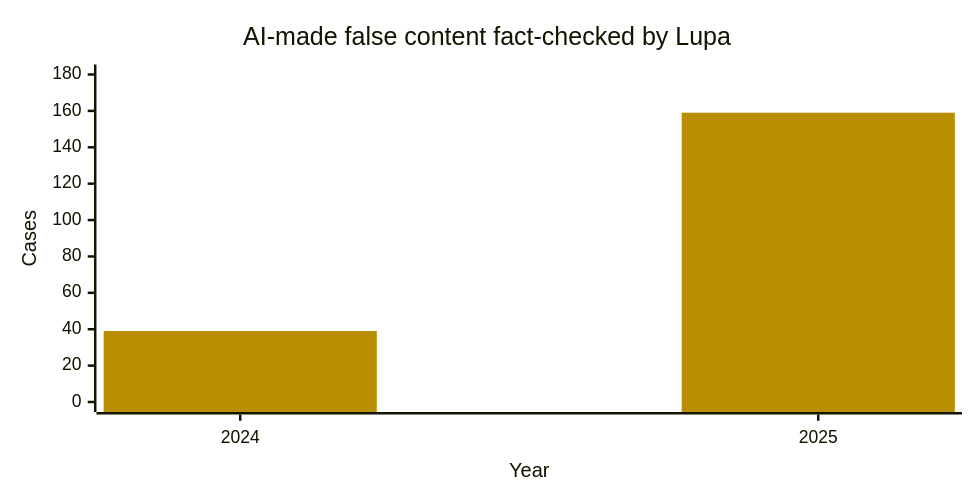
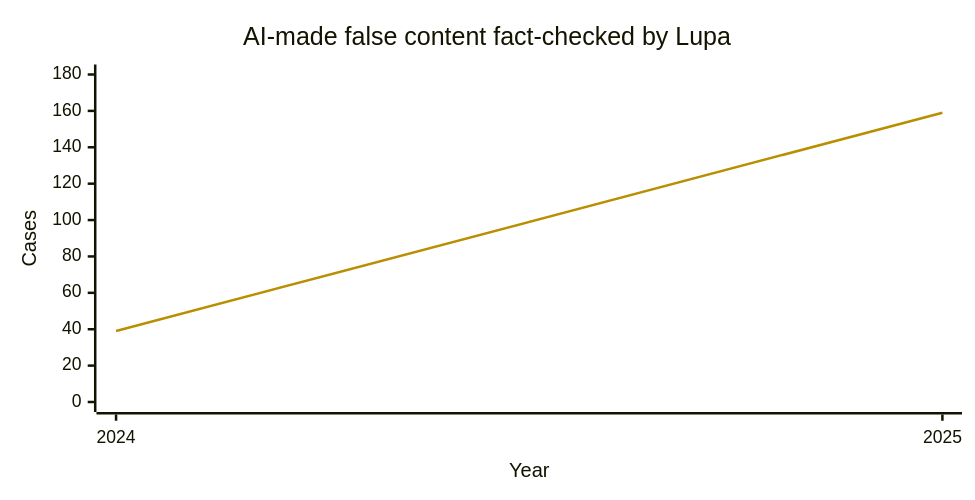
Before and after one commit to DaviPerrelli15/editorial-da-mentira: the first of 3 diagrams in README.en.md, drawn with Mermaid. The commit also changed other lines of this file and 5 other files, not shown here.

````diff
--- a/README.en.md
+++ b/README.en.md
@@ -144,8 +150,8 @@
 ```mermaid
 %%{init: {"xyChart": {"width": 760, "height": 380}, "themeVariables": {"xyChart": {"plotColorPalette": "#B98E00"}}}}%%
 xychart-beta
   title "AI-made false content fact-checked by Lupa"
   x-axis "Year" ["2024", "2025"]
   y-axis "Cases" 0 --> 180
-  bar [39, 159]
+  line [39, 159]
 ```
````
